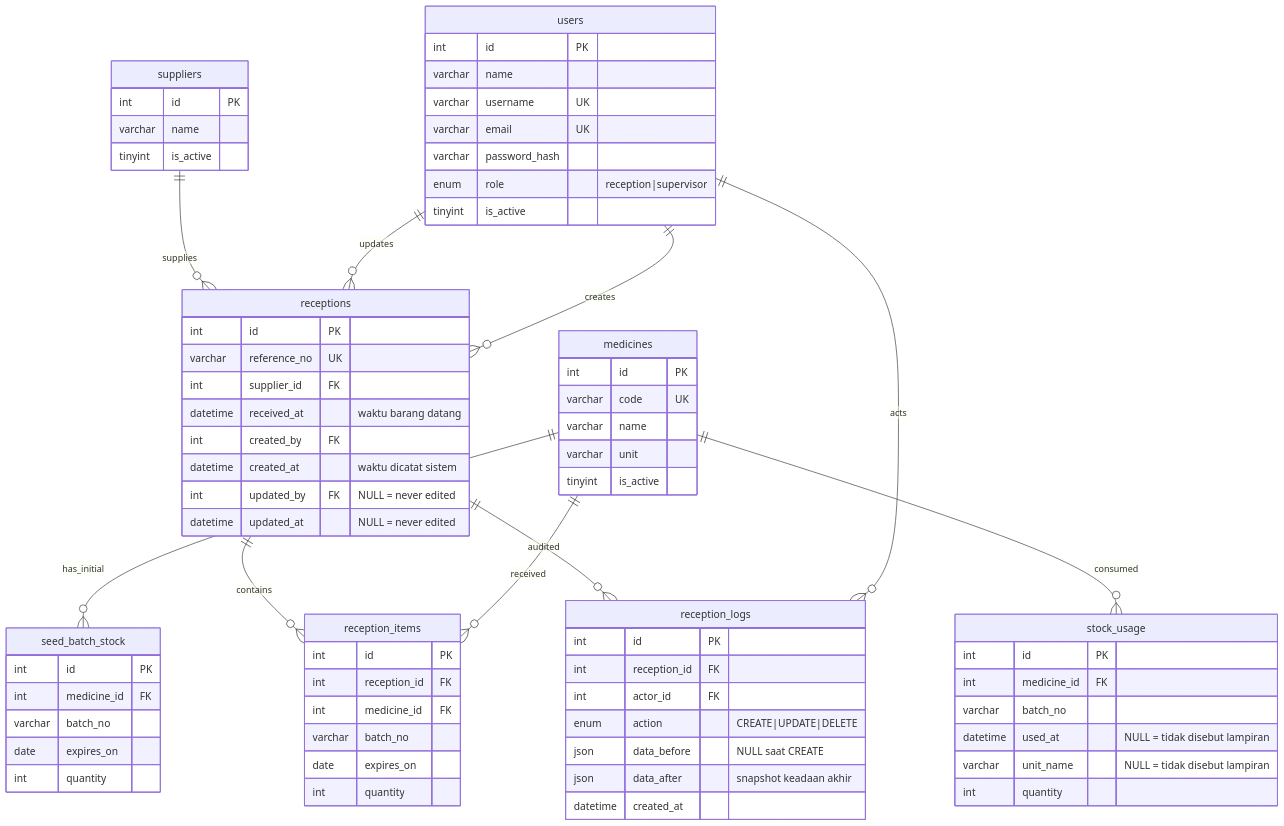
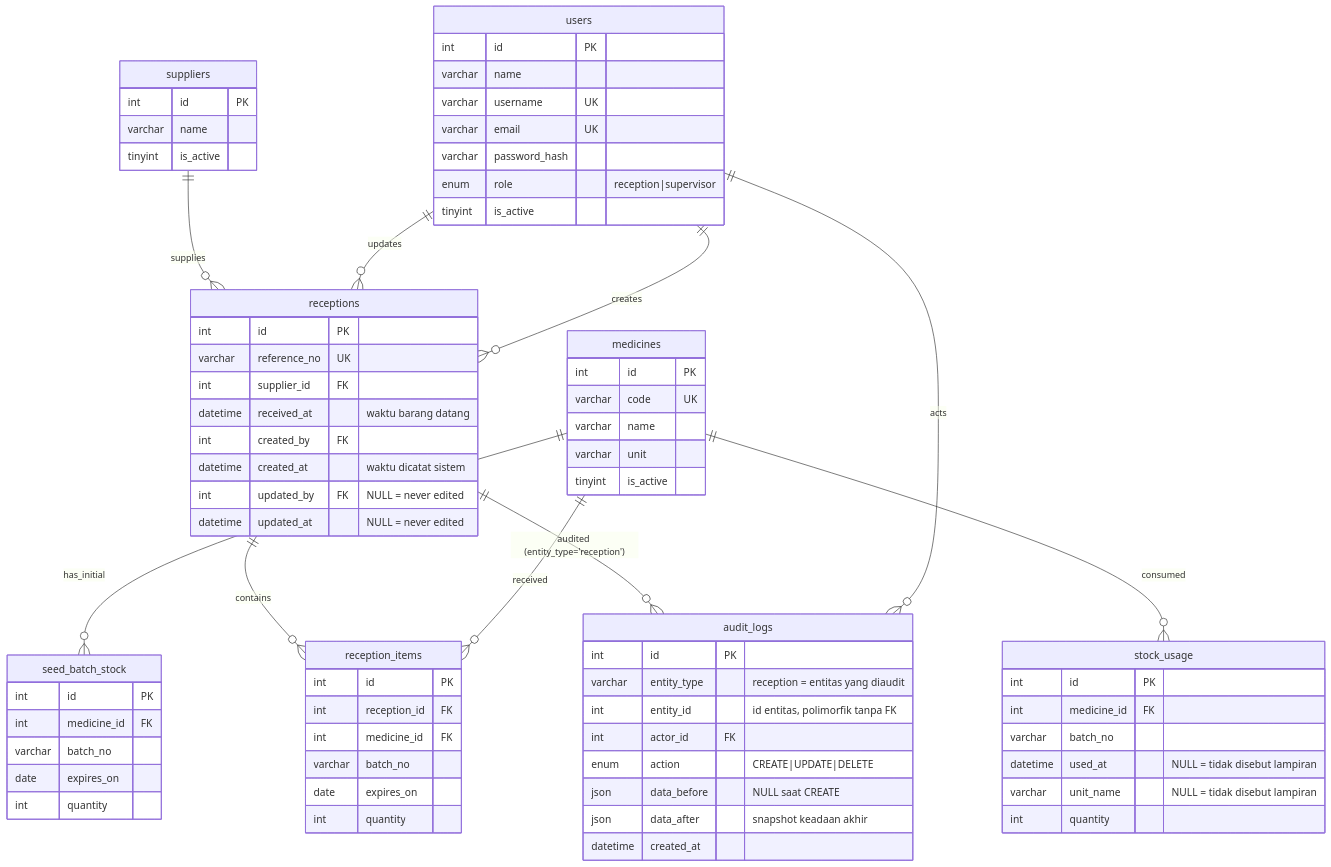
One commit to LostInLost/pharmacy-farmagitechs changed the diagram in docs/database.md. Above: the diagram before and after it, drawn with Mermaid. The commit also changed other lines of this file and 9 other files, not shown here.

First line of the commit message:
refactor(audit): reception_logs jadi audit_logs polimorfik

````diff
--- a/docs/database.md
+++ b/docs/database.md
@@ -5,76 +5,77 @@
 ```mermaid
 erDiagram
     users ||--o{ receptions : "creates"
     users ||--o{ receptions : "updates"
-    users ||--o{ reception_logs : "acts"
+    users ||--o{ audit_logs : "acts"
     suppliers ||--o{ receptions : "supplies"
     medicines ||--o{ seed_batch_stock : "has_initial"
     medicines ||--o{ stock_usage : "consumed"
     medicines ||--o{ reception_items : "received"
     receptions ||--o{ reception_items : "contains"
-    receptions ||--o{ reception_logs : "audited"
+    receptions ||--o{ audit_logs : "audited (entity_type='reception')"
 
     users {
         int id PK
         varchar name
         varchar username UK
         varchar email UK
         varchar password_hash
         enum role "reception|supervisor"
         tinyint is_active
     }
     suppliers {
         int id PK
         varchar name
         tinyint is_active
     }
     medicines {
         int id PK
         varchar code UK
         varchar name
         varchar unit
         tinyint is_active
     }
     seed_batch_stock {
         int id PK
         int medicine_id FK
         varchar batch_no
         date expires_on
         int quantity
     }
     stock_usage {
         int id PK
         int medicine_id FK
         varchar batch_no
         datetime used_at "NULL = tidak disebut lampiran"
         varchar unit_name "NULL = tidak disebut lampiran"
         int quantity
     }
     receptions {
         int id PK
         varchar reference_no UK
         int supplier_id FK
         datetime received_at "waktu barang datang"
         int created_by FK
         datetime created_at "waktu dicatat sistem"
         int updated_by FK "NULL = never edited"
         datetime updated_at "NULL = never edited"
     }
     reception_items {
         int id PK
         int reception_id FK
         int medicine_id FK
         varchar batch_no
         date expires_on
         int quantity
     }
-    reception_logs {
+    audit_logs {
         int id PK
-        int reception_id FK
+        varchar entity_type "reception = entitas yang diaudit"
+        int entity_id "id entitas, polimorfik tanpa FK"
         int actor_id FK
         enum action "CREATE|UPDATE|DELETE"
         json data_before "NULL saat CREATE"
         json data_after "snapshot keadaan akhir"
         datetime created_at
     }
 ```
````
